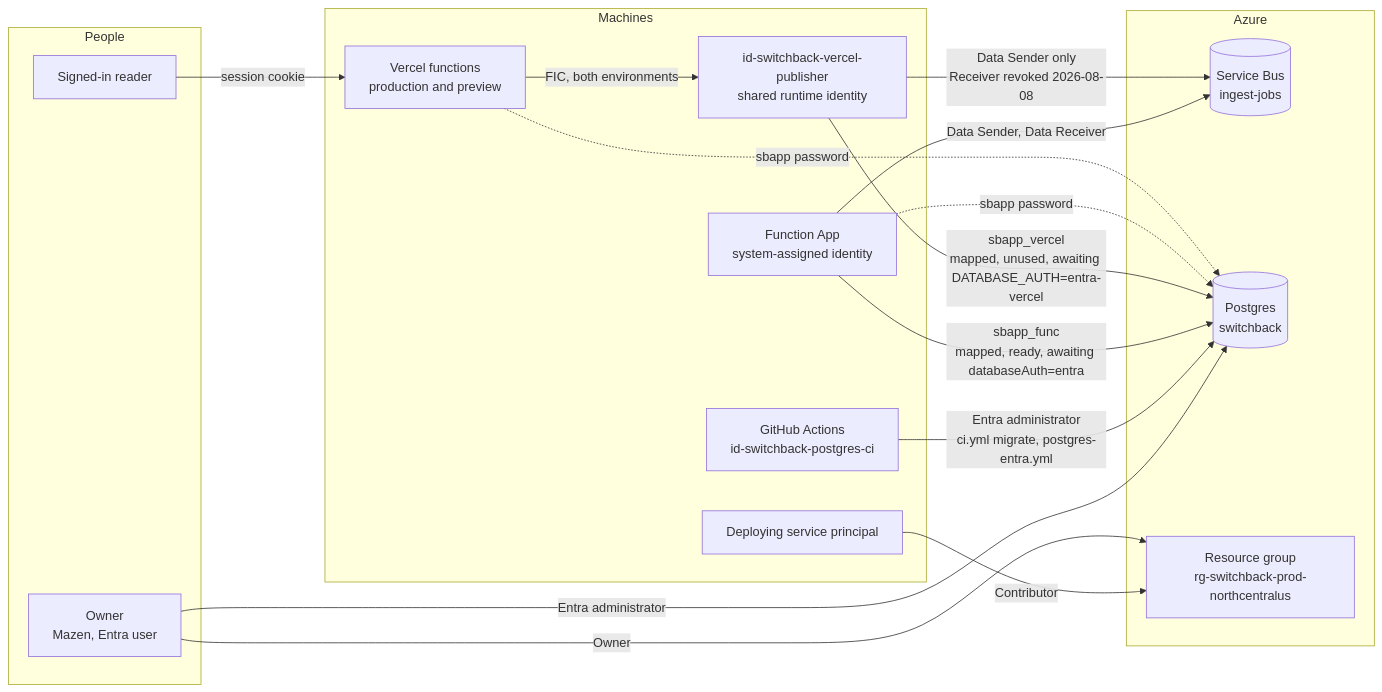
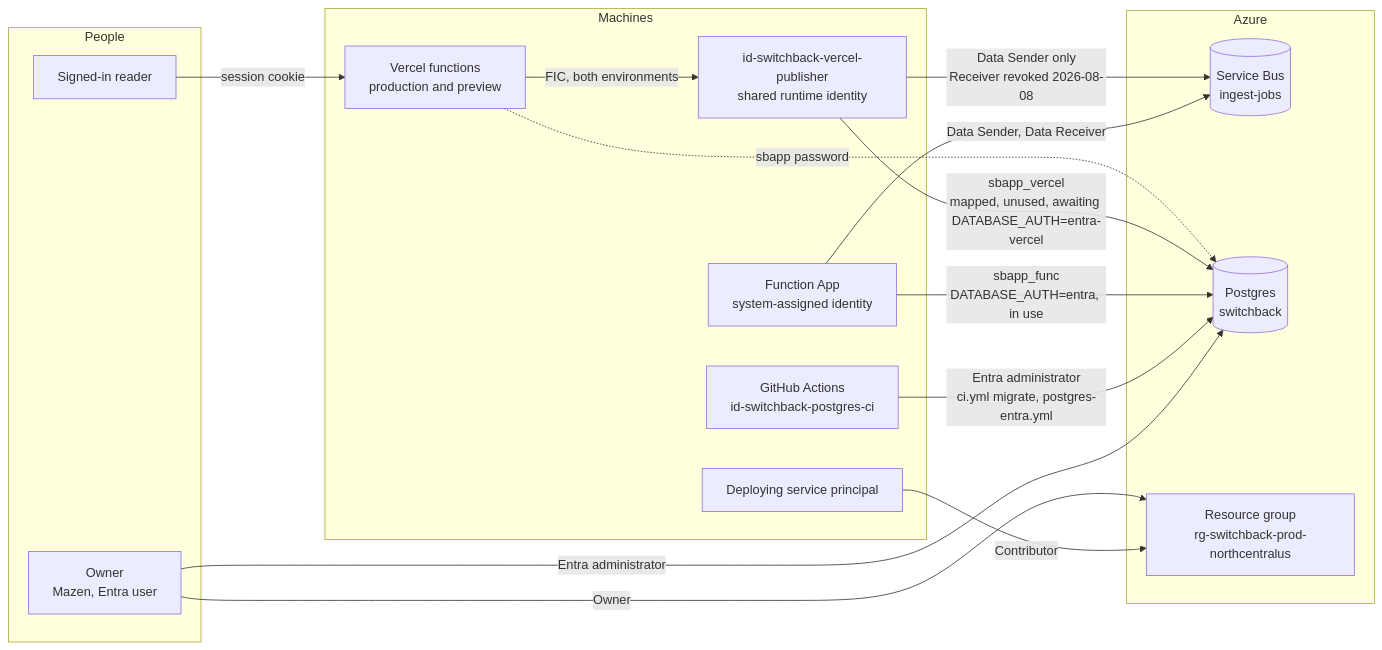
Before and after one commit to mbahgatTech/switchback: the eighth of 11 diagrams in docs/architecture.md, drawn with Mermaid. The commit also changed other lines of this file and 9 other files, not shown here.

````diff
--- a/docs/architecture.md
+++ b/docs/architecture.md
@@ -1389,32 +1388,31 @@
 ```mermaid
 graph LR
   subgraph People
     OWNER[Owner<br/>Mazen, Entra user]
     READER[Signed-in reader]
   end
   subgraph Machines
     VERCEL[Vercel functions<br/>production and preview]
     FUNC[Function App<br/>system-assigned identity]
     RUNTIME[id-switchback-vercel-publisher<br/>shared runtime identity]
     CI[GitHub Actions<br/>id-switchback-postgres-ci]
     SP[Deploying service principal]
   end
   subgraph Azure
     SB[(Service Bus<br/>ingest-jobs)]
     PG[(Postgres<br/>switchback)]
     RG[Resource group<br/>rg-switchback-prod-northcentralus]
   end
 
   VERCEL -->|FIC, both environments| RUNTIME
   RUNTIME -->|Data Sender only<br/>Receiver revoked 2026-08-08| SB
   FUNC -->|Data Sender, Data Receiver| SB
   VERCEL -.->|sbapp password| PG
-  FUNC -.->|sbapp password| PG
   RUNTIME -->|sbapp_vercel<br/>mapped, unused, awaiting DATABASE_AUTH=entra-vercel| PG
-  FUNC -->|sbapp_func<br/>mapped, ready, awaiting databaseAuth=entra| PG
+  FUNC -->|sbapp_func<br/>DATABASE_AUTH=entra, in use| PG
   CI -->|Entra administrator<br/>ci.yml migrate, postgres-entra.yml| PG
   OWNER -->|Entra administrator| PG
   OWNER -->|Owner| RG
   SP -->|Contributor| RG
   READER -->|session cookie| VERCEL
 ```
````
